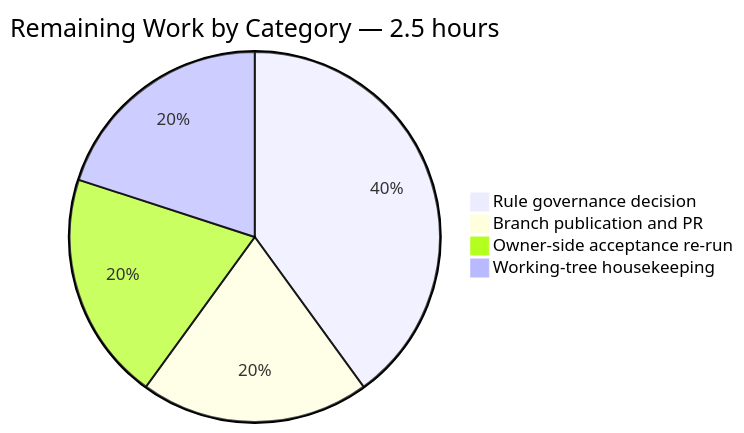
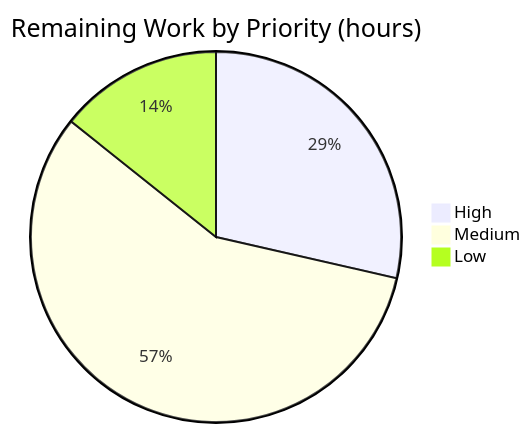
One commit to ajitblitzy/Ajit_GH_Repo-12-Mar-26 changed the third of 3 diagrams in blitzy/documentation/Project Guide.md. Above: the diagram before and after it, drawn with Mermaid. The commit also changed other lines of this file, not shown here.

Commit message:
Adding Blitzy Project Guide: Project Status and Human Tasks Remaining

````diff
--- a/blitzy/documentation/Project Guide.md
+++ b/blitzy/documentation/Project Guide.md
@@ -191,7 +198,6 @@
 ```mermaid
-pie title Remaining Work by Category — 2.5 hours
-    "Rule governance decision" : 1.0
-    "Branch publication and PR" : 0.5
-    "Owner-side acceptance re-run" : 0.5
-    "Working-tree housekeeping" : 0.5
+pie title Remaining Work by Priority (hours)
+    "High" : 2
+    "Medium" : 4
+    "Low" : 1
 ```
````
